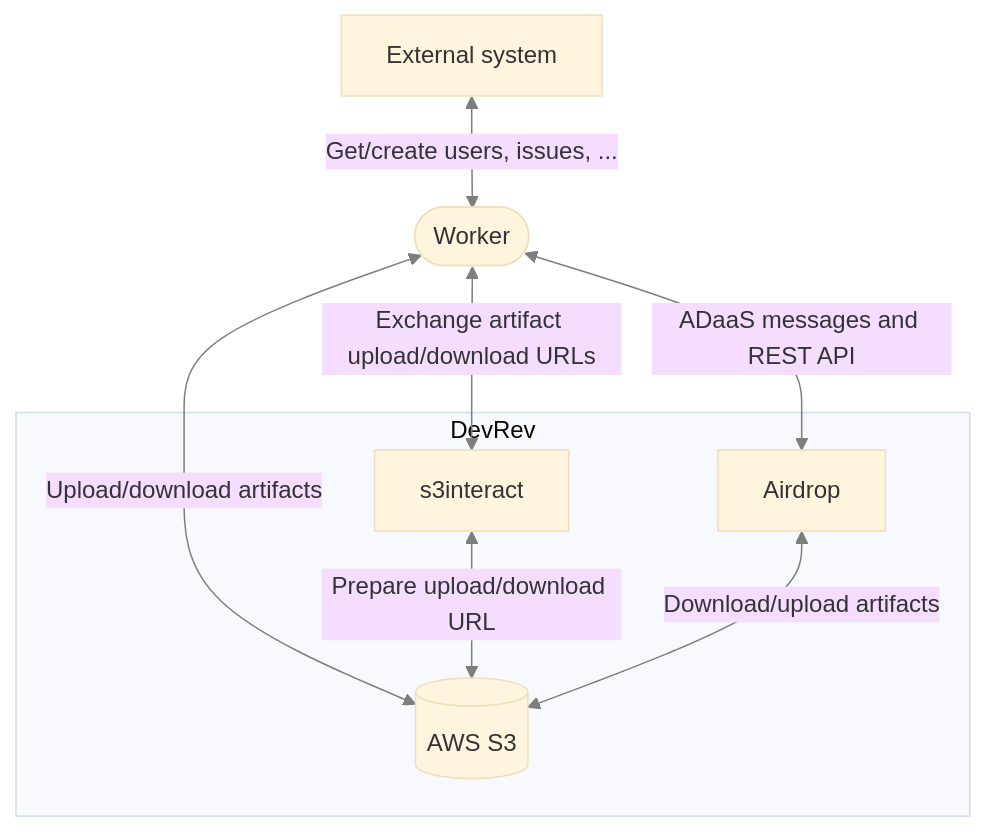
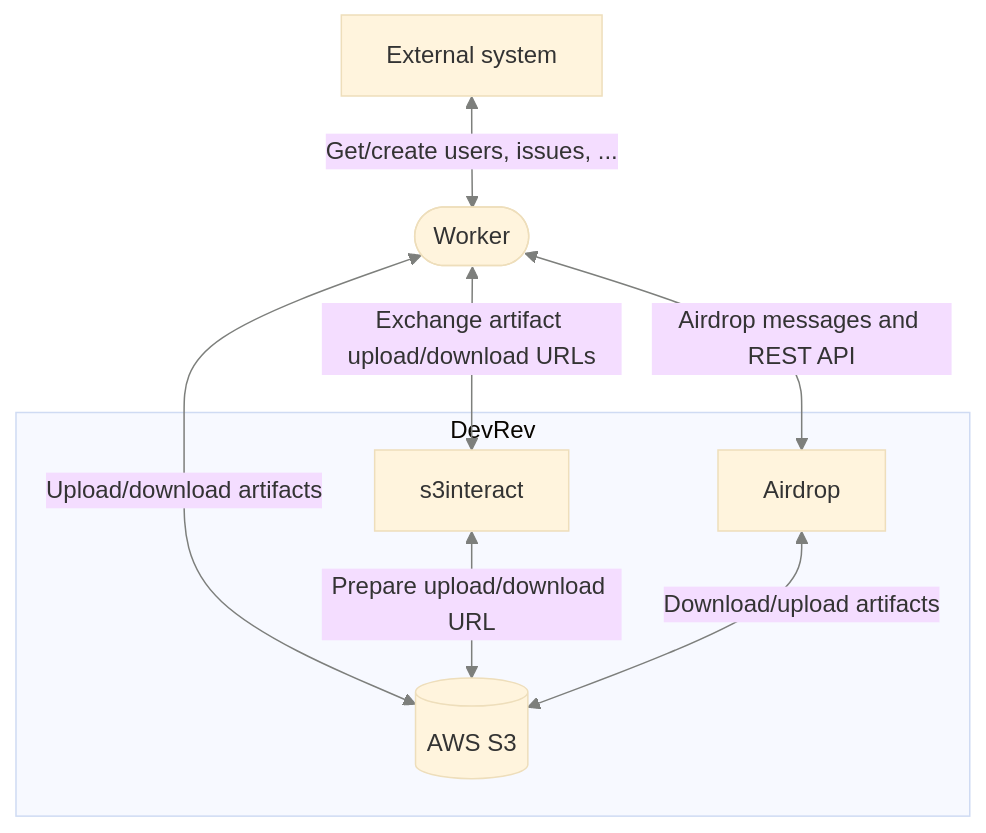
One commit to devrev/fern-api-docs changed the diagram in fern/docs/pages/adaas/overview.mdx. Above: the diagram before and after it, drawn with Mermaid. The commit also changed other lines of this file and 7 other files, not shown here.

Commit message:
Rename ADaaS -> Airdrop

````diff
--- a/fern/docs/pages/adaas/overview.mdx
+++ b/fern/docs/pages/adaas/overview.mdx
@@ -10,27 +10,27 @@
 ```mermaid
 flowchart TD
 %%{init: {
     'theme': 'base',
     'themeVariables': {
         'fontFamily': 'Segoe UI',
         'lineColor': '#7d7f7c'
 }}}%%
 externalSystem[External system]
 worker([Worker])
 s3interact[s3interact]
 airdrop[Airdrop]
 s3[(AWS S3)]
 
 	externalSystem <-- Get/create users, issues, ... --> worker
 	
 	worker <-- Exchange artifact upload/download URLs --> s3interact
 	worker <-- Upload/download artifacts --> s3
-	worker <-- ADaaS messages and REST API --> airdrop
+	worker <-- Airdrop messages and REST API --> airdrop
 
 	
 	subgraph DevRev
 	s3interact <-- Prepare upload/download URL --> s3
 	airdrop <-- Download/upload artifacts --> s3
 	end
 
 ```
````
